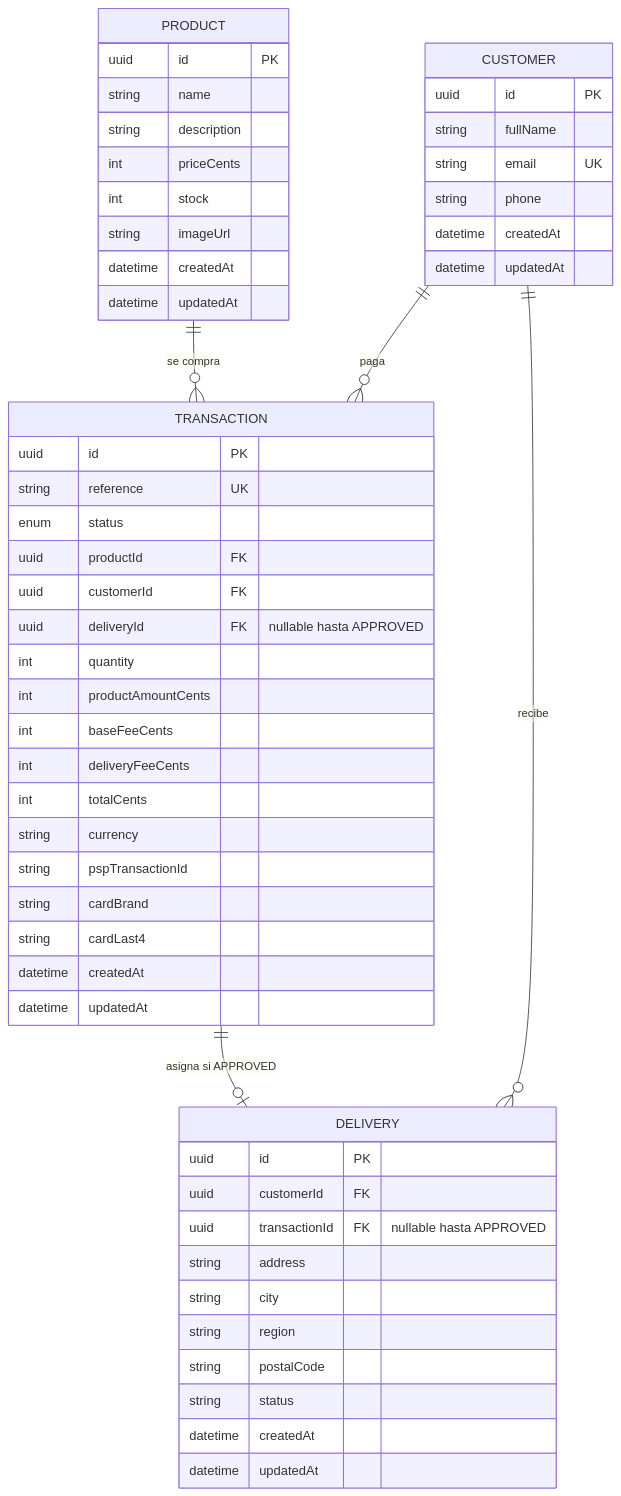
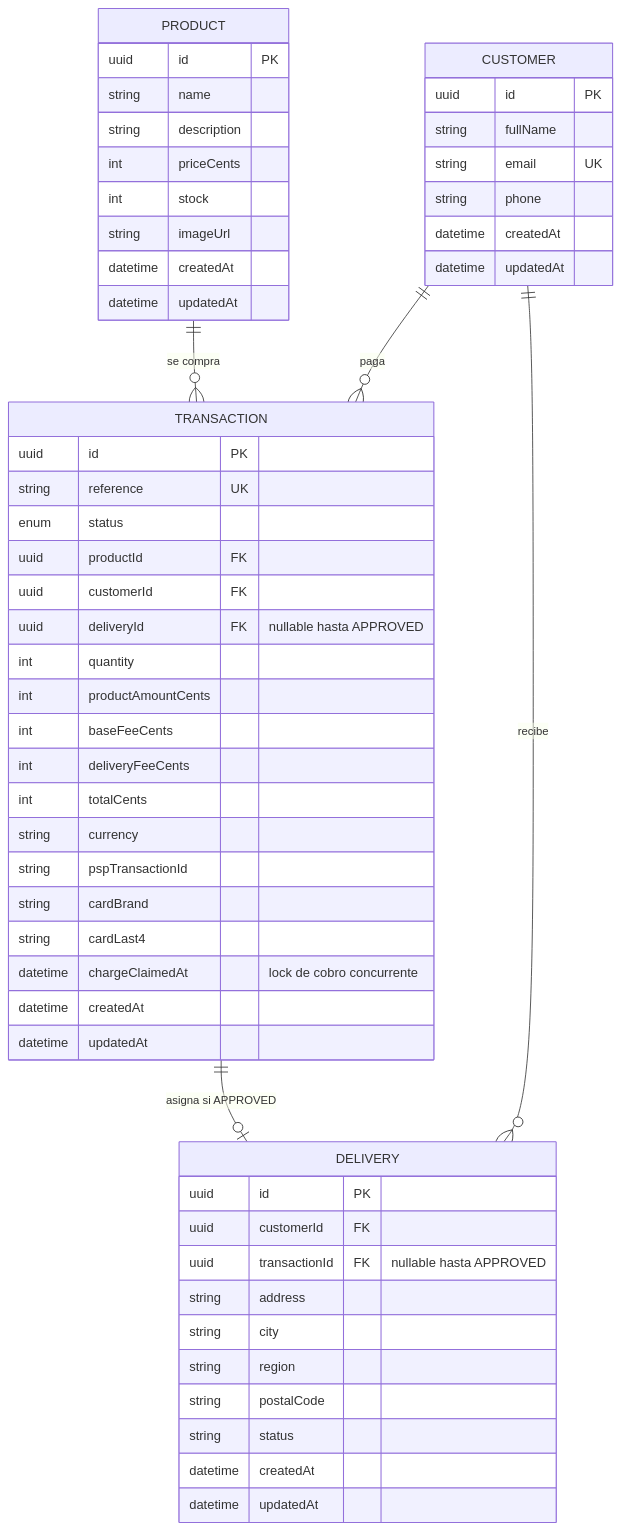
One commit to Juancho2406/payment-checkout-fullstack changed the diagram in docs/data-model.md. Above: the diagram before and after it, drawn with Mermaid. The commit also changed other lines of this file and 2 other files, not shown here.

````diff
--- a/docs/data-model.md
+++ b/docs/data-model.md
@@ -9,57 +9,58 @@
 ```mermaid
 erDiagram
   PRODUCT ||--o{ TRANSACTION : "se compra"
   CUSTOMER ||--o{ TRANSACTION : "paga"
   CUSTOMER ||--o{ DELIVERY : "recibe"
   TRANSACTION ||--o| DELIVERY : "asigna si APPROVED"
 
   PRODUCT {
     uuid id PK
     string name
     string description
     int priceCents
     int stock
     string imageUrl
     datetime createdAt
     datetime updatedAt
   }
   CUSTOMER {
     uuid id PK
     string fullName
     string email UK
     string phone
     datetime createdAt
     datetime updatedAt
   }
   TRANSACTION {
     uuid id PK
     string reference UK
     enum status
     uuid productId FK
     uuid customerId FK
     uuid deliveryId FK "nullable hasta APPROVED"
     int quantity
     int productAmountCents
     int baseFeeCents
     int deliveryFeeCents
     int totalCents
     string currency
     string pspTransactionId
     string cardBrand
     string cardLast4
+    datetime chargeClaimedAt "lock de cobro concurrente"
     datetime createdAt
     datetime updatedAt
   }
   DELIVERY {
     uuid id PK
     uuid customerId FK
     uuid transactionId FK "nullable hasta APPROVED"
     string address
     string city
     string region
     string postalCode
     string status
     datetime createdAt
     datetime updatedAt
   }
 ```
````
